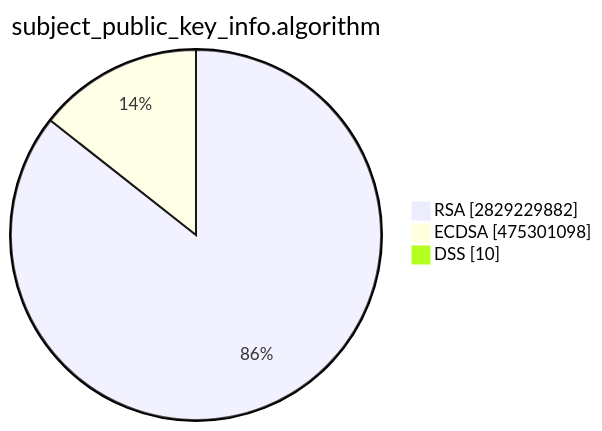
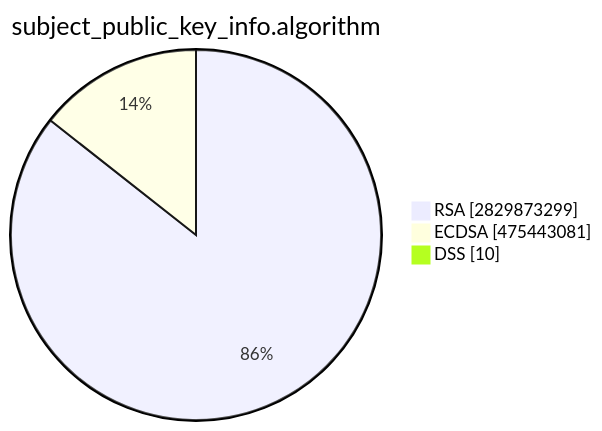
Before and after one commit to christiankrug/ctmonitor_visualization: the second of 15 diagrams in TOTAL/README.md, drawn with Mermaid. The commit also changed other lines of this file, not shown here.

````diff
--- a/TOTAL/README.md
+++ b/TOTAL/README.md
@@ -6,7 +6,7 @@
 ```mermaid
 pie showData
 title subject_public_key_info.algorithm
-"RSA" :2829229882
-"ECDSA" :475301098
+"RSA" :2829873299
+"ECDSA" :475443081
 "DSS" :10
 ```
````
